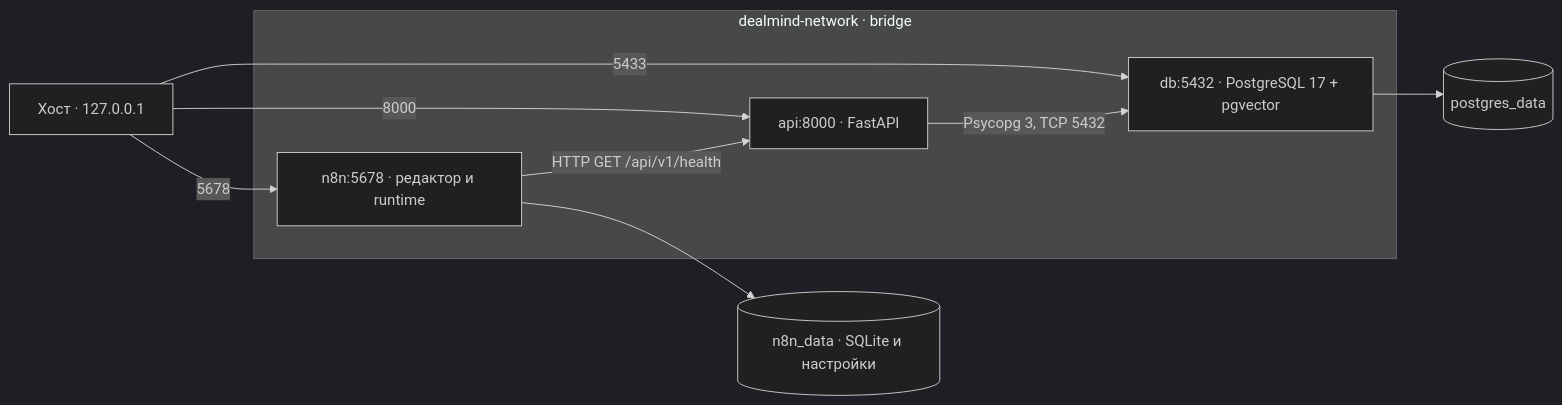
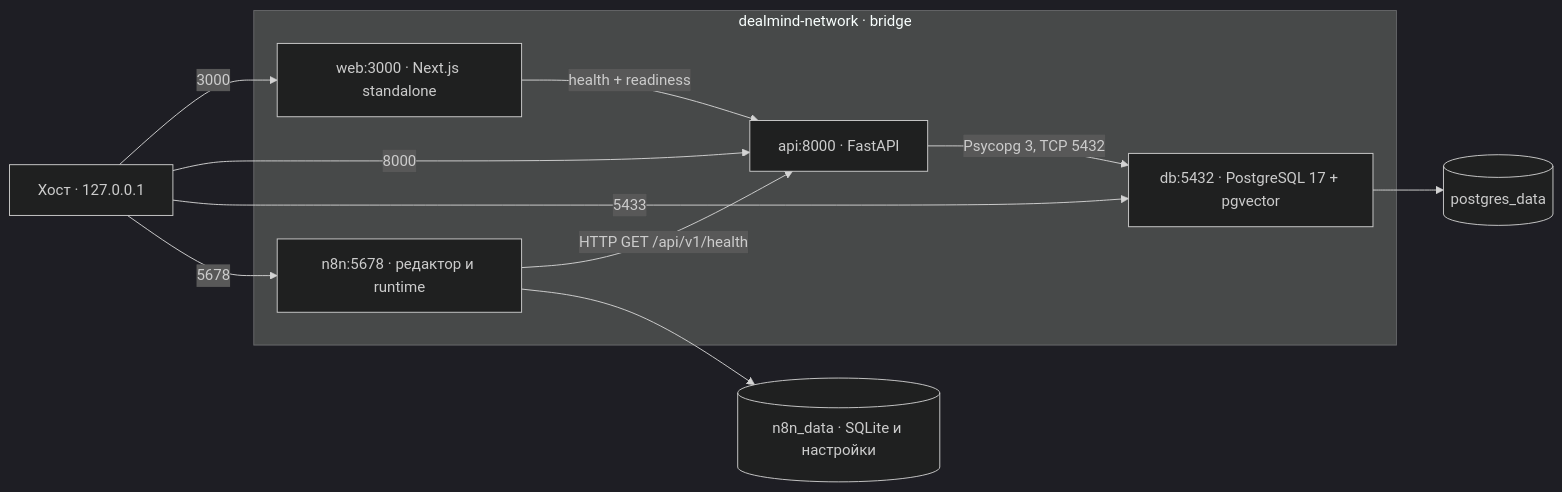
Before and after one commit to n1k1c0d/AI-Sales-Intelligence-Platform: the fourth of 5 diagrams in docs/ARCHITECTURE.md, drawn with Mermaid (dark theme). The commit also changed other lines of this file and 45 other files, not shown here.

````diff
--- a/docs/ARCHITECTURE.md
+++ b/docs/ARCHITECTURE.md
@@ -165,16 +165,19 @@
 ```mermaid
 flowchart LR
     host["Хост · 127.0.0.1"]
     subgraph network["dealmind-network · bridge"]
+        web["web:3000 · Next.js standalone"]
+        web -->|"health + readiness"| api
         api["api:8000 · FastAPI"]
         db["db:5432 · PostgreSQL 17 + pgvector"]
         n8n["n8n:5678 · редактор и runtime"]
         n8n -->|"HTTP GET /api/v1/health"| api
         api -->|"Psycopg 3, TCP 5432"| db
     end
+    host -->|"3000"| web
     host -->|"8000"| api
     host -->|"5433"| db
     host -->|"5678"| n8n
     db --> pg[("postgres_data")]
     n8n --> local[("n8n_data · SQLite и настройки")]
 ```
````
